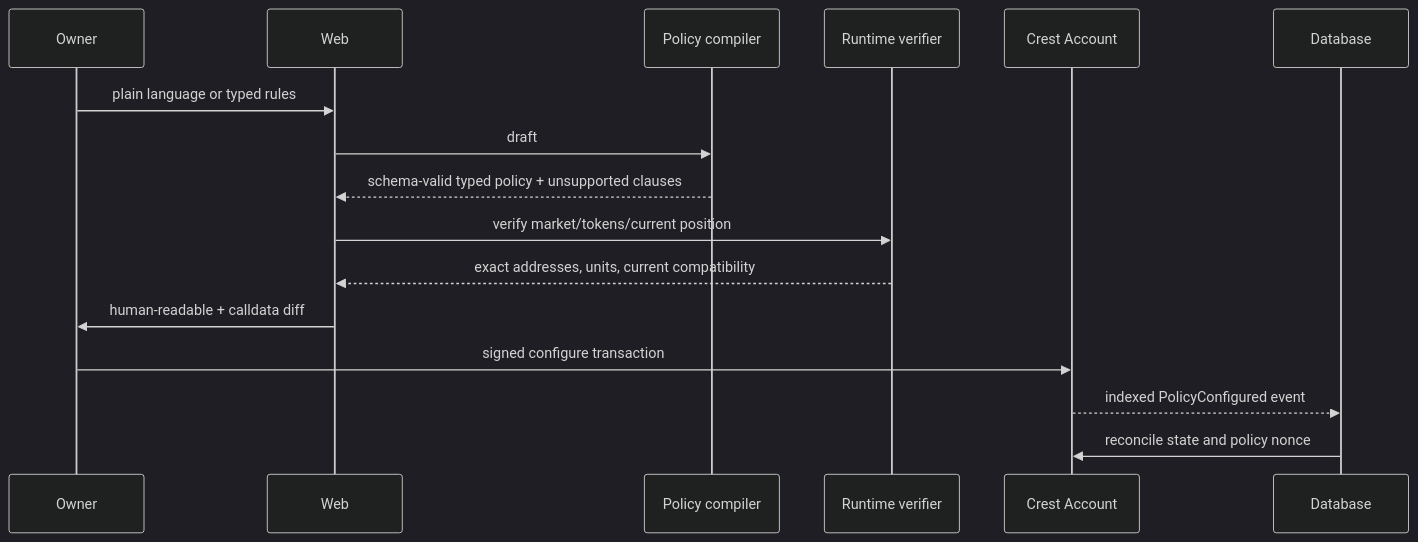
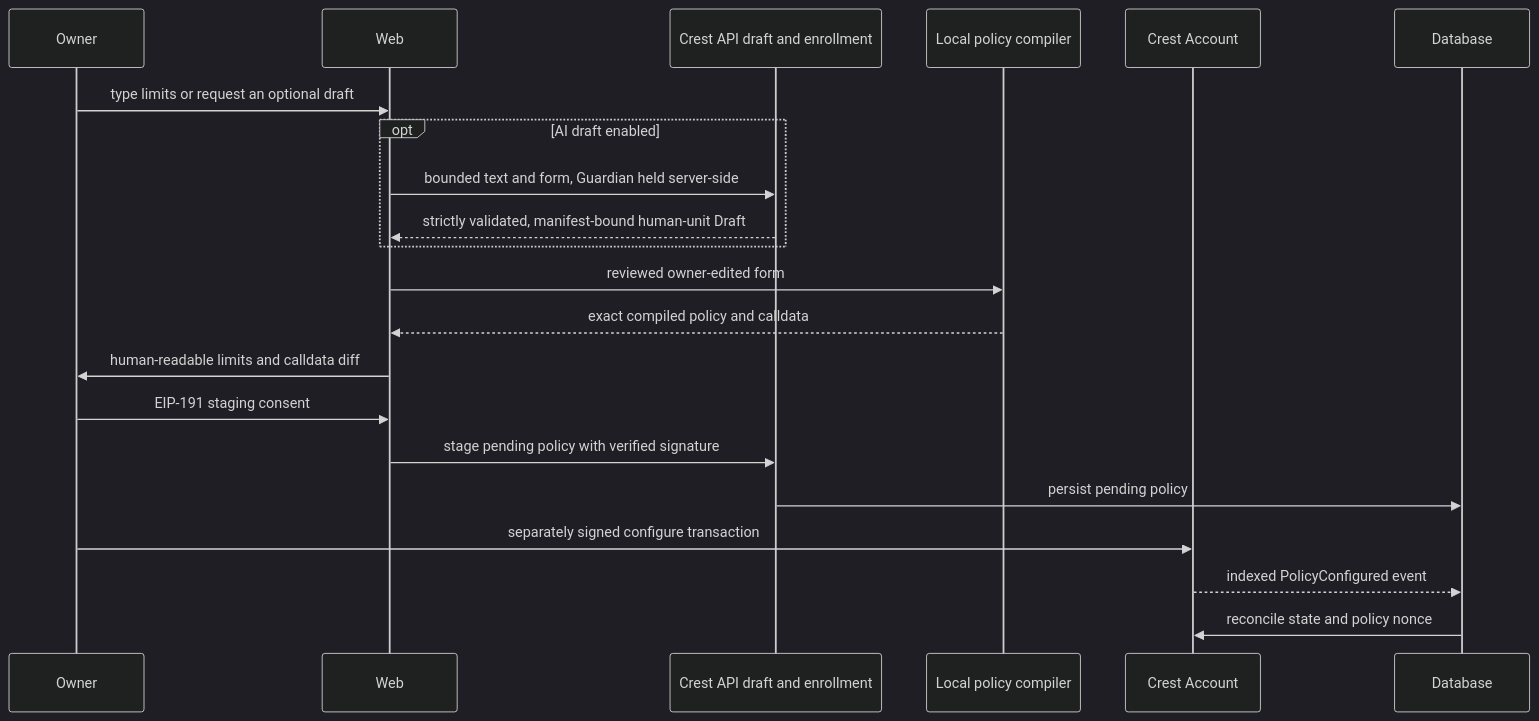
The second of 5 diagrams in docs/technical/ARCHITECTURE.md (Dylansius11/crest), drawn with Mermaid (dark theme) before and after one commit. The commit also changed other lines of this file and 12 other files, not shown here.

First line of the commit message:
feat(api,web): draft owner policy limits with Groq as an untrusted form draft

````diff
--- a/docs/technical/ARCHITECTURE.md
+++ b/docs/technical/ARCHITECTURE.md
@@ -109,19 +110,24 @@
 ```mermaid
 sequenceDiagram
   participant U as Owner
   participant UI as Web
-  participant P as Policy compiler
-  participant R as Runtime verifier
+  participant API as Crest API draft and enrollment
+  participant P as Local policy compiler
   participant C as Crest Account
   participant D as Database
 
-  U->>UI: plain language or typed rules
-  UI->>P: draft
-  P-->>UI: schema-valid typed policy + unsupported clauses
-  UI->>R: verify market/tokens/current position
-  R-->>UI: exact addresses, units, current compatibility
-  UI->>U: human-readable + calldata diff
-  U->>C: signed configure transaction
+  U->>UI: type limits or request an optional draft
+  opt AI draft enabled
+    UI->>API: bounded text and form, Guardian held server-side
+    API-->>UI: strictly validated, manifest-bound human-unit Draft
+  end
+  UI->>P: reviewed owner-edited form
+  P-->>UI: exact compiled policy and calldata
+  UI->>U: human-readable limits and calldata diff
+  U->>UI: EIP-191 staging consent
+  UI->>API: stage pending policy with verified signature
+  API->>D: persist pending policy
+  U->>C: separately signed configure transaction
   C-->>D: indexed PolicyConfigured event
   D->>C: reconcile state and policy nonce
 ```
````
